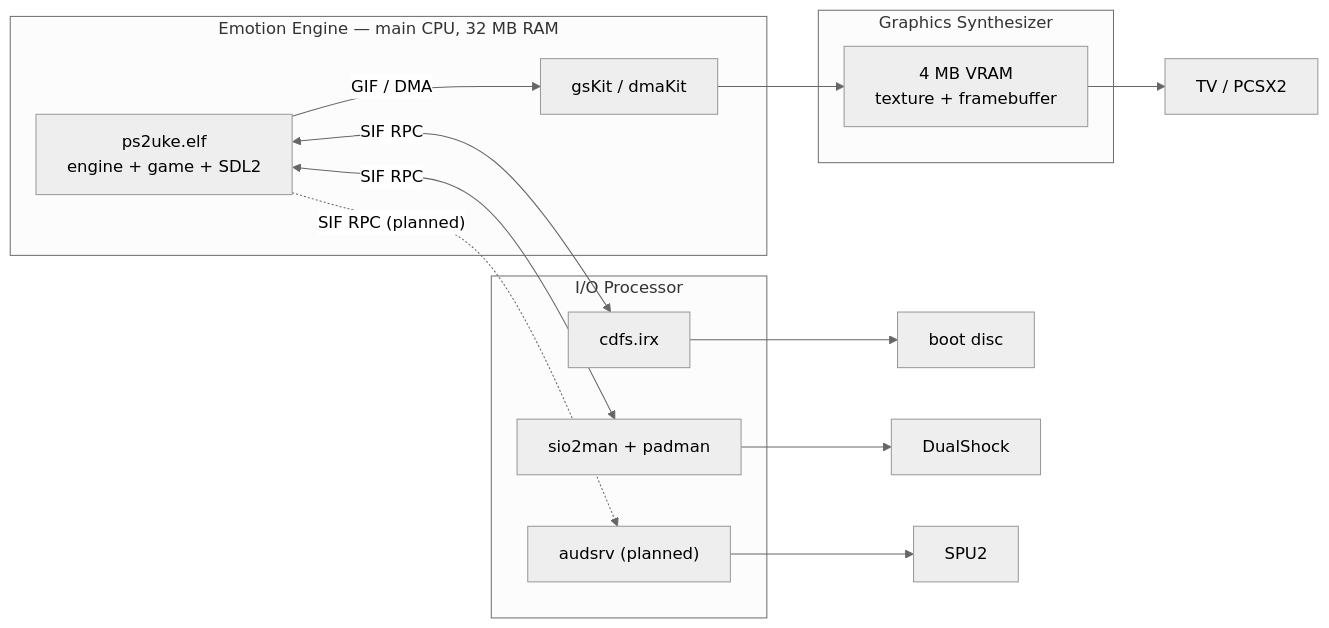
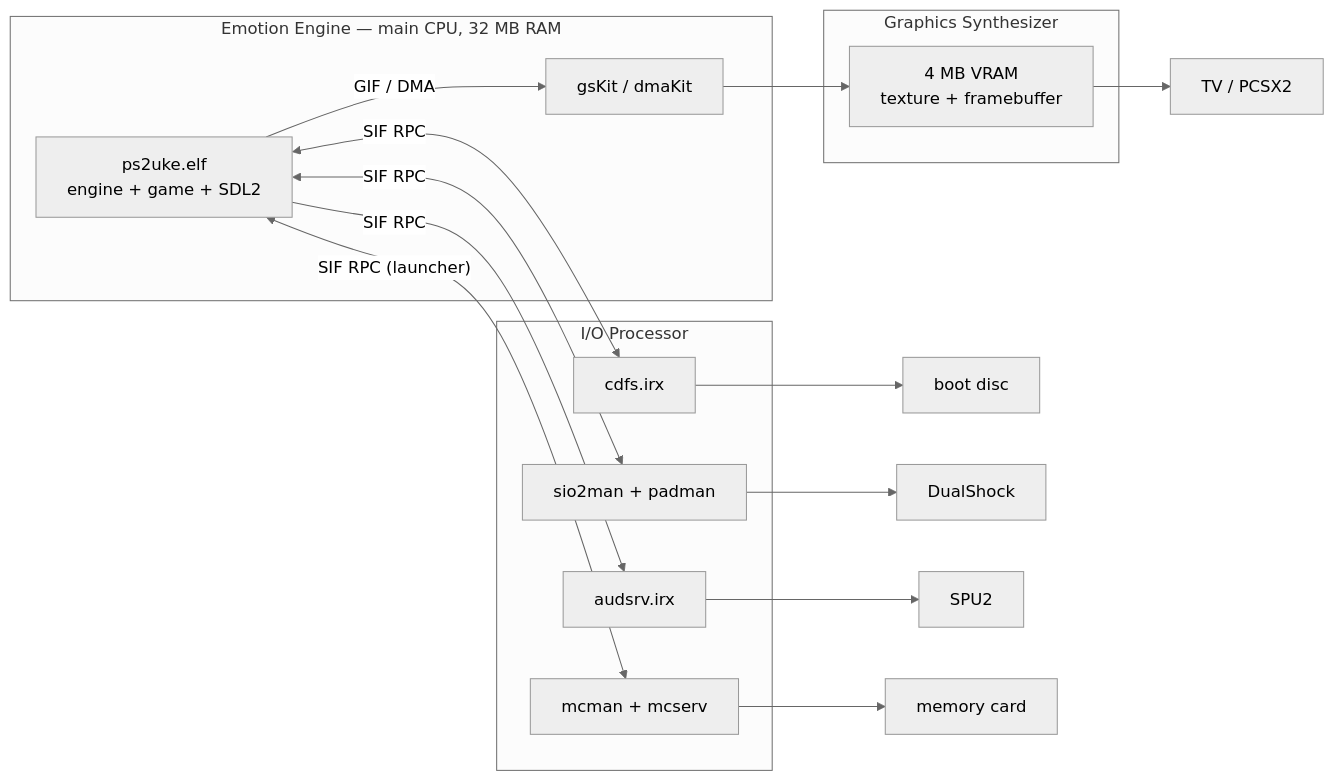
The second of 9 diagrams in docs/ARCHITECTURE.md (Arawn-Davies/ps2uke), drawn with Mermaid (neutral theme) before and after one commit. The commit also changed other lines of this file and 3 other files, not shown here.

````diff
--- a/docs/ARCHITECTURE.md
+++ b/docs/ARCHITECTURE.md
@@ -86,20 +92,22 @@
 ```mermaid
 graph LR
     subgraph EE["Emotion Engine — main CPU, 32 MB RAM"]
         APP["ps2uke.elf<br/>engine + game + SDL2"]
         GSK["gsKit / dmaKit"]
     end
     subgraph GS["Graphics Synthesizer"]
         VRAM["4 MB VRAM<br/>texture + framebuffer"]
     end
     subgraph IOP["I/O Processor"]
         CDFS["cdfs.irx"]
         SIO["sio2man + padman"]
-        AUD["audsrv (planned)"]
+        AUD["audsrv.irx"]
+        MC["mcman + mcserv"]
     end
 
     APP -->|"GIF / DMA"| GSK --> VRAM --> TV["TV / PCSX2"]
     APP <-->|"SIF RPC"| CDFS --> DISC["boot disc"]
     APP <-->|"SIF RPC"| SIO --> DS["DualShock"]
-    APP -. "SIF RPC (planned)" .-> AUD --> SPU["SPU2"]
+    APP -->|"SIF RPC"| AUD --> SPU["SPU2"]
+    APP <-->|"SIF RPC (launcher)"| MC --> CARD["memory card"]
 ```
````
